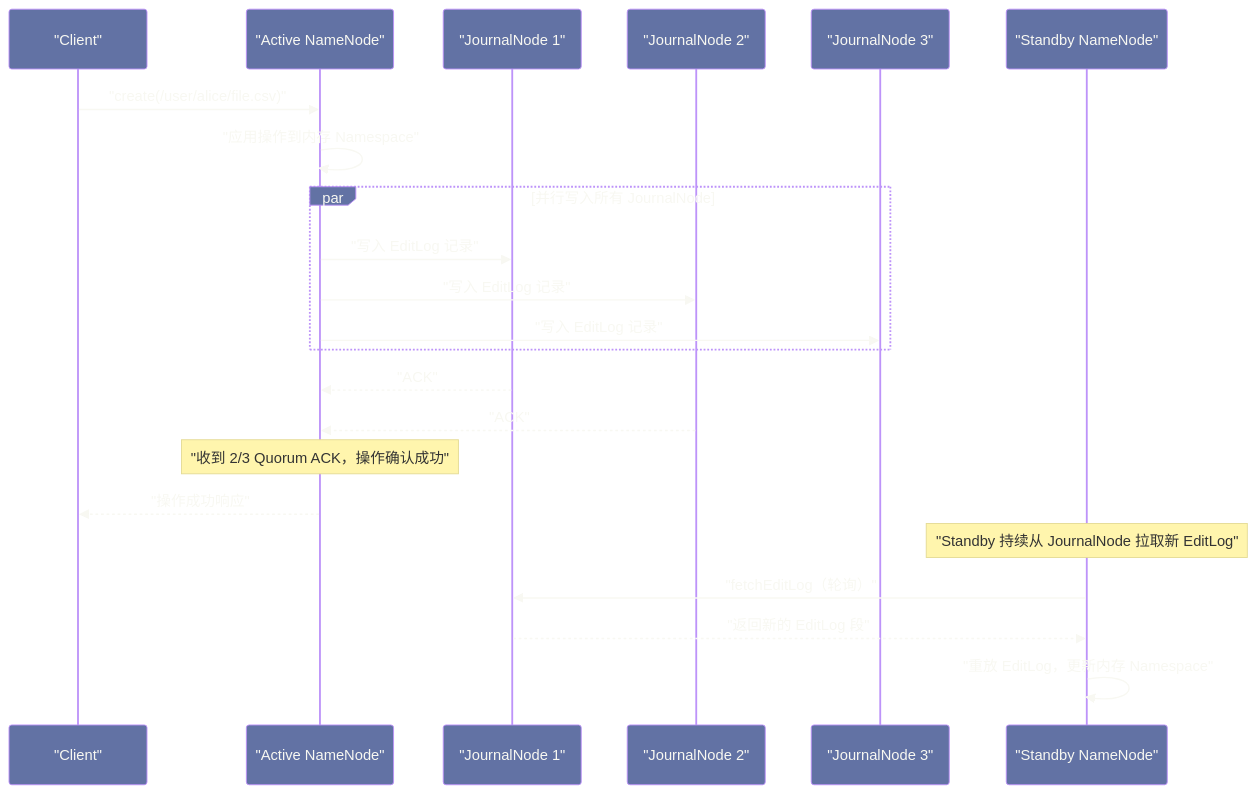
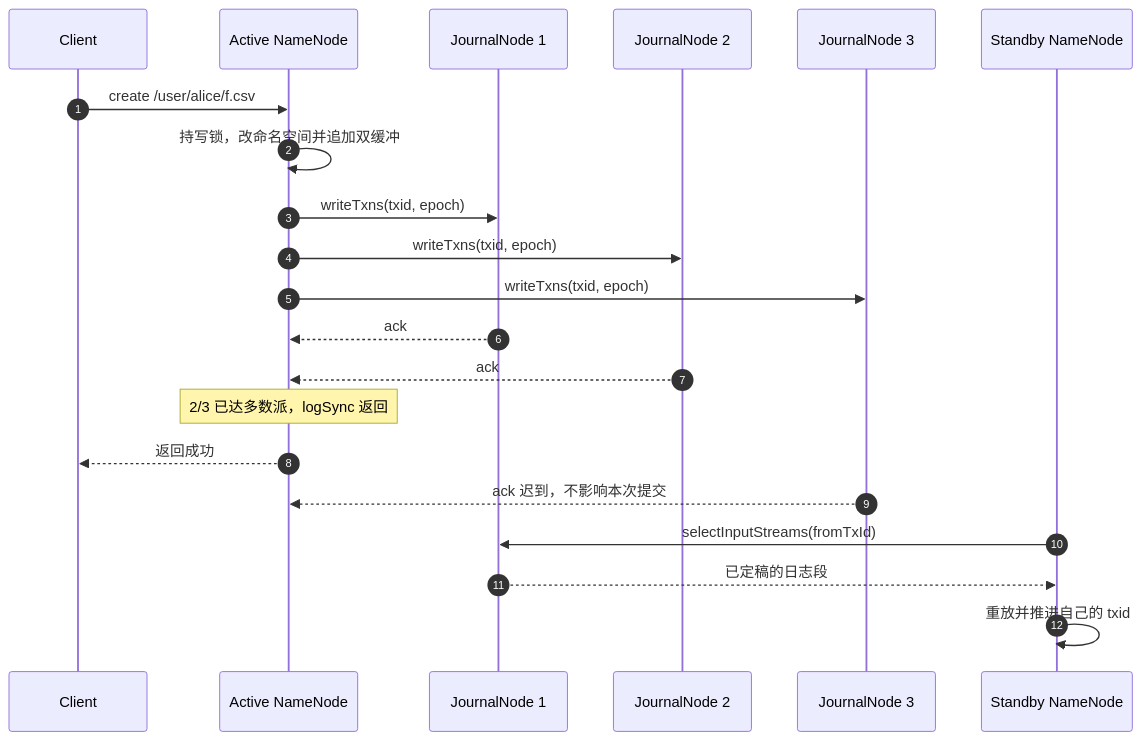
Before and after one commit to hpliStartAgain/my-brain: the first of 6 diagrams in content/大数据/Hadoop/HDFS/06 NameNode 高可用——QJM 协议与 Active-Standby 切换机制.md, drawn with Mermaid. The commit also changed other lines of this file and 455 other files, not shown here.

````diff
--- a/content/大数据/Hadoop/HDFS/06 NameNode 高可用——QJM 协议与 Active-Standby 切换机制.md
+++ b/content/大数据/Hadoop/HDFS/06 NameNode 高可用——QJM 协议与 Active-Standby 切换机制.md
@@ -76,27 +71,24 @@
 ```mermaid
-%%{init: {'theme': 'base', 'themeVariables': {'primaryColor': '#6272a4', 'primaryTextColor': '#f8f8f2', 'primaryBorderColor': '#bd93f9', 'lineColor': '#ff79c6', 'secondaryColor': '#44475a', 'tertiaryColor': '#282a36'}}}%%
+%%{init: {'theme': 'dracula'}}%%
 sequenceDiagram
-    participant C as "Client"
-    participant ANN as "Active NameNode"
-    participant JN1 as "JournalNode 1"
-    participant JN2 as "JournalNode 2"
-    participant JN3 as "JournalNode 3"
-    participant SNN as "Standby NameNode"
-
-    C->>ANN: "create(/user/alice/file.csv)"
-    ANN->>ANN: "应用操作到内存 Namespace"
-    par 并行写入所有 JournalNode
-        ANN->>JN1: "写入 EditLog 记录"
-        ANN->>JN2: "写入 EditLog 记录"
-        ANN->>JN3: "写入 EditLog 记录"
-    end
-    JN1-->>ANN: "ACK"
-    JN2-->>ANN: "ACK"
-    Note over ANN: "收到 2/3 Quorum ACK，操作确认成功"
-    ANN-->>C: "操作成功响应"
-
-    Note over SNN: "Standby 持续从 JournalNode 拉取新 EditLog"
-    SNN->>JN1: "fetchEditLog（轮询）"
-    JN1-->>SNN: "返回新的 EditLog 段"
-    SNN->>SNN: "重放 EditLog，更新内存 Namespace"
+    autonumber
+    participant C as Client
+    participant A as Active NameNode
+    participant J1 as JournalNode 1
+    participant J2 as JournalNode 2
+    participant J3 as JournalNode 3
+    participant S as Standby NameNode
+    C->>A: create /user/alice/f.csv
+    A->>A: 持写锁，改命名空间并追加双缓冲
+    A->>J1: writeTxns(txid, epoch)
+    A->>J2: writeTxns(txid, epoch)
+    A->>J3: writeTxns(txid, epoch)
+    J1-->>A: ack
+    J2-->>A: ack
+    Note over A: 2/3 已达多数派，logSync 返回
+    A-->>C: 返回成功
+    J3-->>A: ack 迟到，不影响本次提交
+    S->>J1: selectInputStreams(fromTxId)
+    J1-->>S: 已定稿的日志段
+    S->>S: 重放并推进自己的 txid
 ```
````
